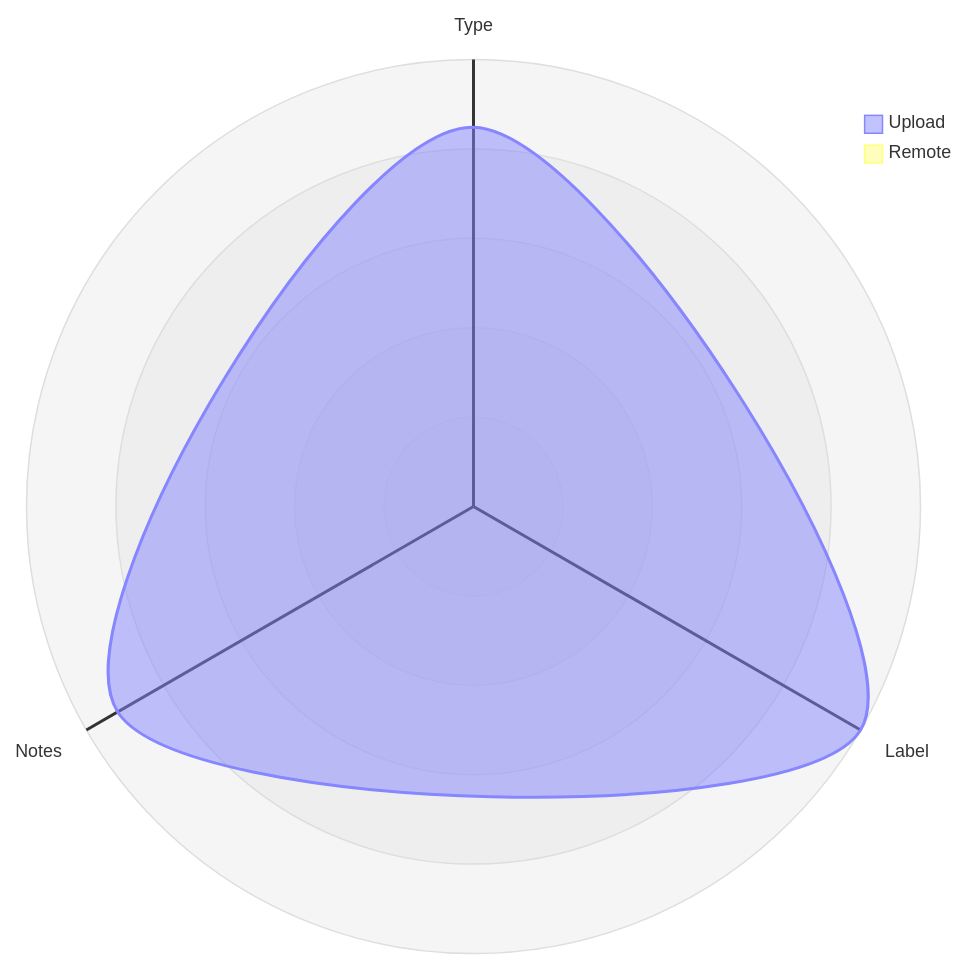
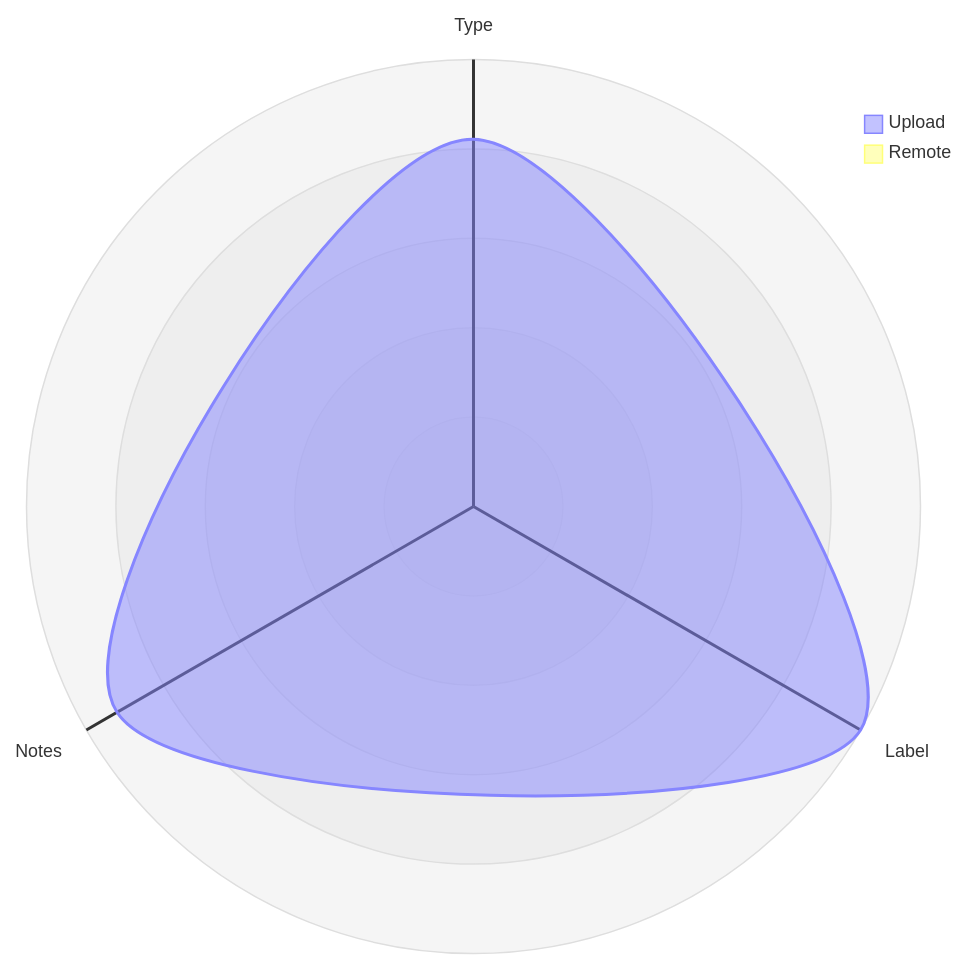
The third of 5 diagrams in datastore_tracker/README.md (open-data/analytics-corporate-reporting), drawn with Mermaid before and after one commit. The commit also changed other lines of this file and 8 other files, not shown here.

````diff
--- a/datastore_tracker/README.md
+++ b/datastore_tracker/README.md
@@ -106,12 +106,12 @@
 ```mermaid
 radar-beta
   axis T["Type"], L["Label"], N["Notes"]
-  curve u["Upload"]{0.00084, 0.00099, 0.00091}
+  curve u["Upload"]{0.00083, 0.00101, 0.00093}
   curve r["Remote"]{0, 0, 0}
 
   showLegend true
 
   min 0
   graticule circle
   ticks 5
 ```
````
